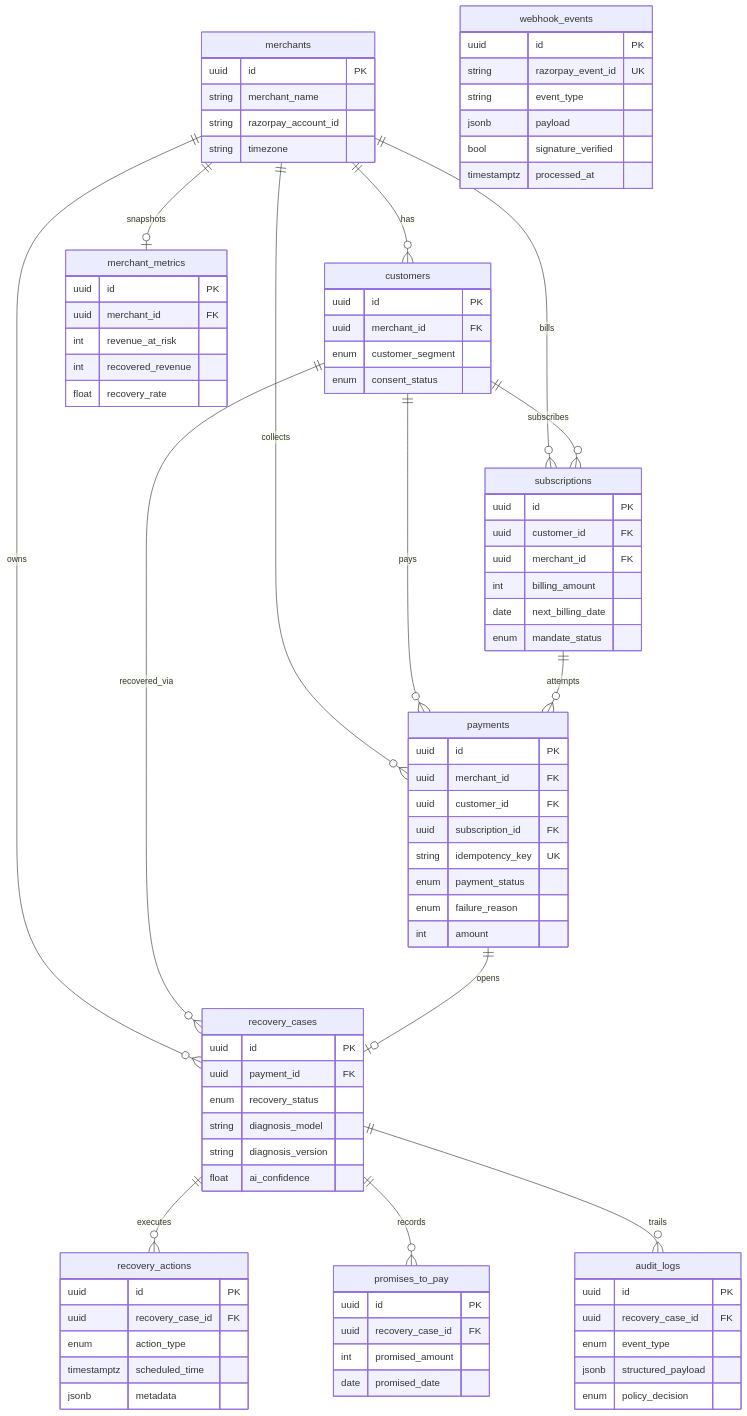
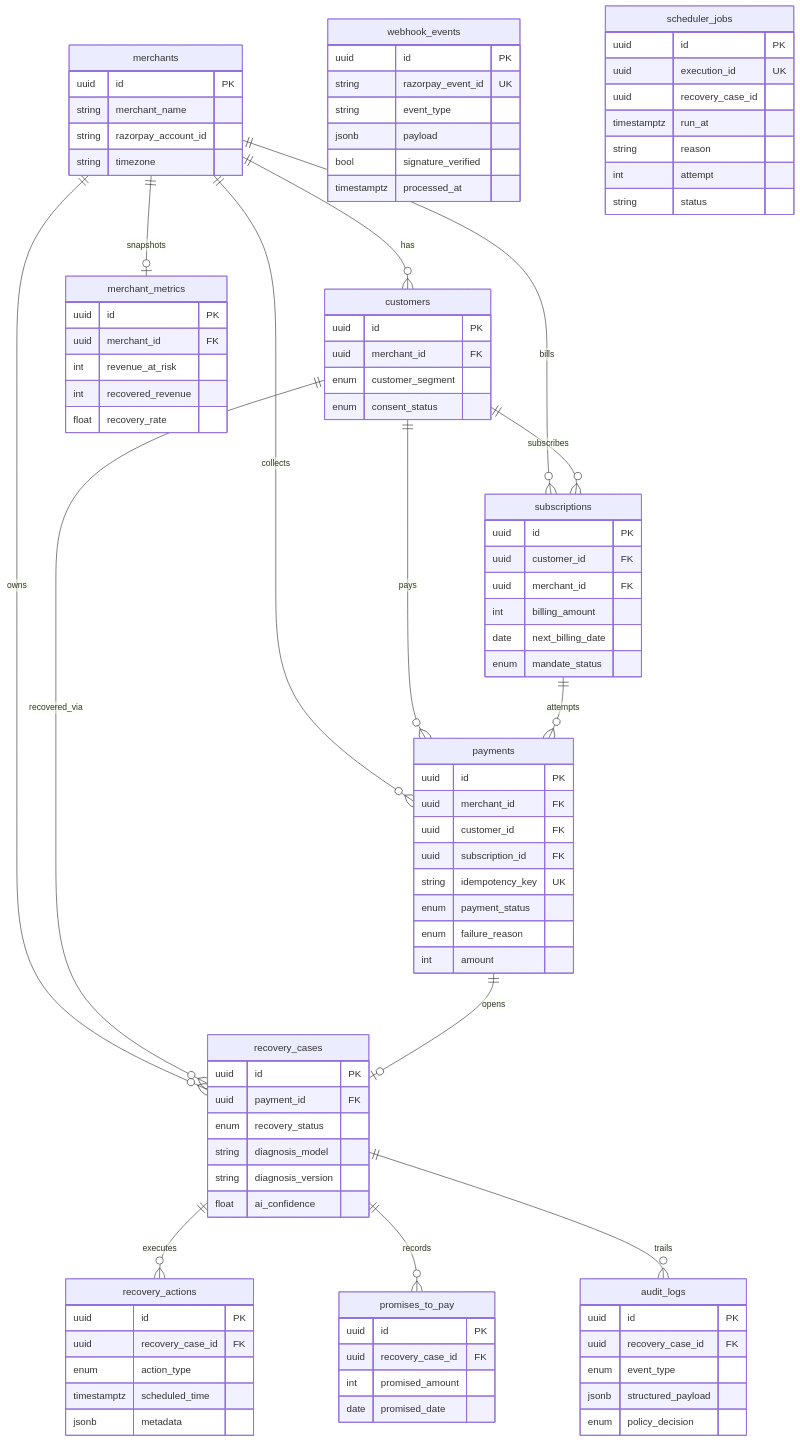
Before and after one commit to aditysinhania/RecoveryPilot-AI: the first of 2 diagrams in RecoveryPilot-AI/docs/DATABASE_SCHEMA.md, drawn with Mermaid. The commit also changed other lines of this file and 103 other files, not shown here.

````diff
--- a/RecoveryPilot-AI/docs/DATABASE_SCHEMA.md
+++ b/RecoveryPilot-AI/docs/DATABASE_SCHEMA.md
@@ -110,4 +110,13 @@
         bool signature_verified
         timestamptz processed_at
     }
+    scheduler_jobs {
+        uuid id PK
+        uuid execution_id UK
+        uuid recovery_case_id
+        timestamptz run_at
+        string reason
+        int attempt
+        string status
+    }
 ```
````
